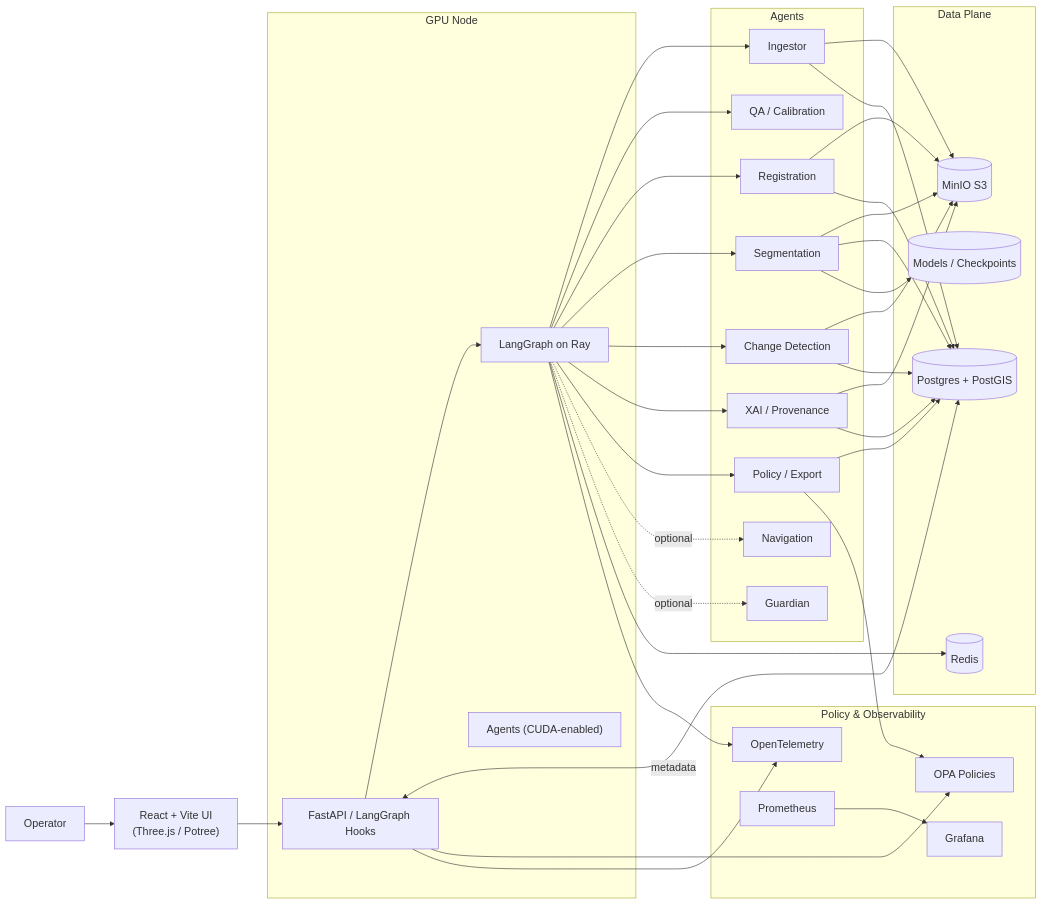
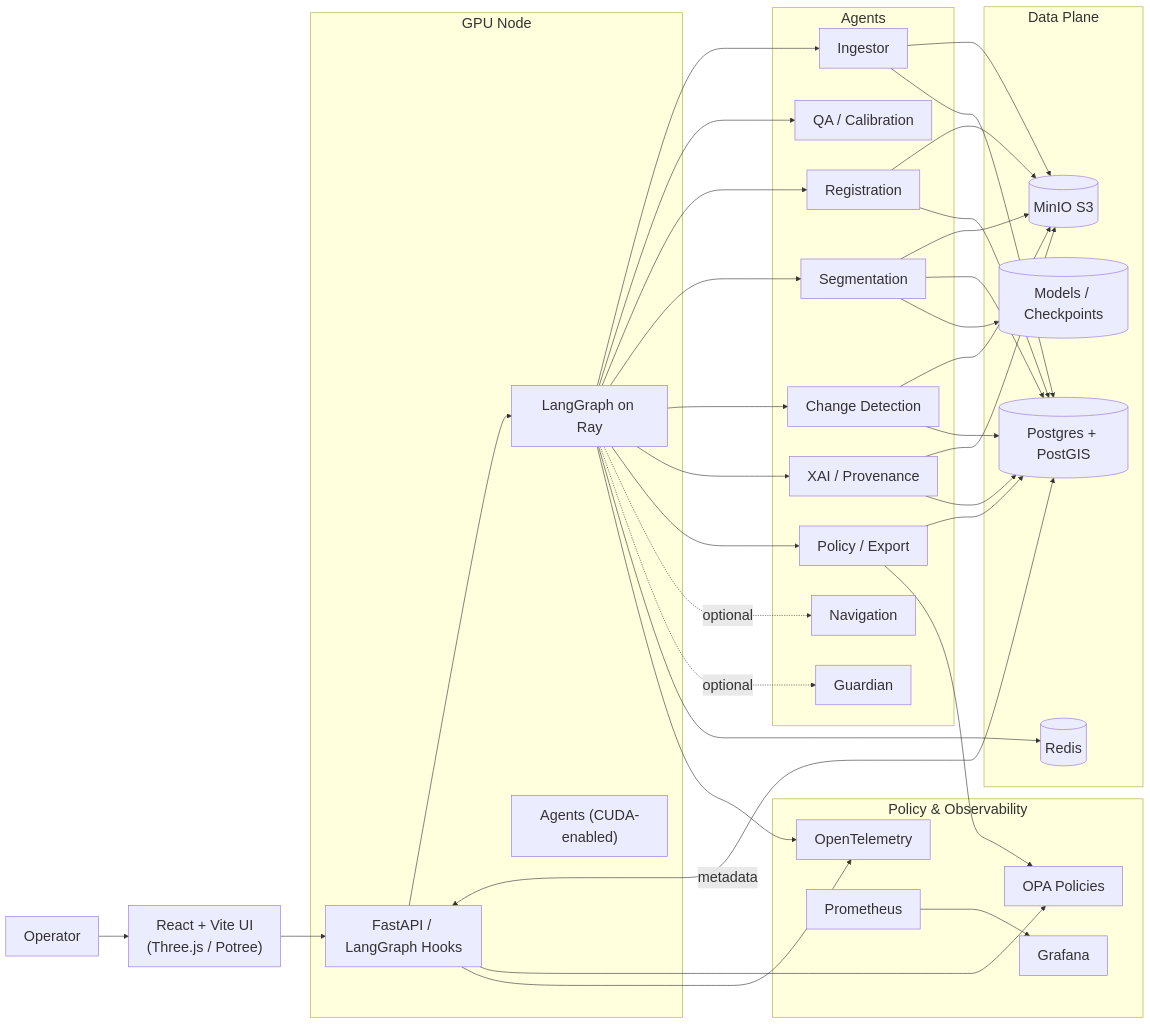
Before and after one commit to aurelius-in/RoboRouter: the second of 2 diagrams in README.md, drawn with Mermaid. The commit also changed other lines of this file, not shown here.

Commit message:
Increase Mermaid diagram font size to 24px for readability.

````diff
--- a/README.md
+++ b/README.md
@@ -159,70 +159,70 @@
 ```mermaid
-%%{init: {"themeVariables": {"fontSize": "18px", "fontFamily": "Inter, Arial, sans-serif"}} }%%
+%%{init: {"themeVariables": {"fontSize": "24px", "fontFamily": "Inter, Arial, sans-serif"}} }%%
 graph LR
   User["Operator"] --> UI["React + Vite UI\n(Three.js / Potree)"]
   UI --> API["FastAPI / LangGraph Hooks"]
   API --> Orchestrator["LangGraph on Ray"]
 
   subgraph Agents
     ING["Ingestor"]
     QA["QA / Calibration"]
     REG["Registration"]
     SEG["Segmentation"]
     CHG["Change Detection"]
     XAI["XAI / Provenance"]
     EXP["Policy / Export"]
     NAV["Navigation"]
     GRD["Guardian"]
   end
 
   Orchestrator --> ING
   Orchestrator --> QA
   Orchestrator --> REG
   Orchestrator --> SEG
   Orchestrator --> CHG
   Orchestrator --> XAI
   Orchestrator --> EXP
   Orchestrator -. optional .-> NAV
   Orchestrator -. optional .-> GRD
 
   subgraph Data Plane
     MINIO[("MinIO S3")]
     PG[("Postgres + PostGIS")]
     REDIS[("Redis")]
     MODELS[("Models / Checkpoints")]
   end
 
   ING --> MINIO
   REG --> MINIO
   SEG --> MINIO
   CHG --> MINIO
   XAI --> MINIO
   API <-->|metadata| PG
   ING --> PG
   REG --> PG
   SEG --> PG
   CHG --> PG
   XAI --> PG
   EXP --> PG
   SEG --> MODELS
   Orchestrator --> REDIS
 
   subgraph Policy & Observability
     OPA["OPA Policies"]
     OTel["OpenTelemetry"]
     Prom["Prometheus"]
     GRAF["Grafana"]
   end
 
   API --> OPA
   EXP --> OPA
   API --> OTel
   Orchestrator --> OTel
   Prom --> GRAF
 
   subgraph GPU Node
     API
     Orchestrator
     AgentsGroup["Agents (CUDA-enabled)"]
   end
 ```
````
